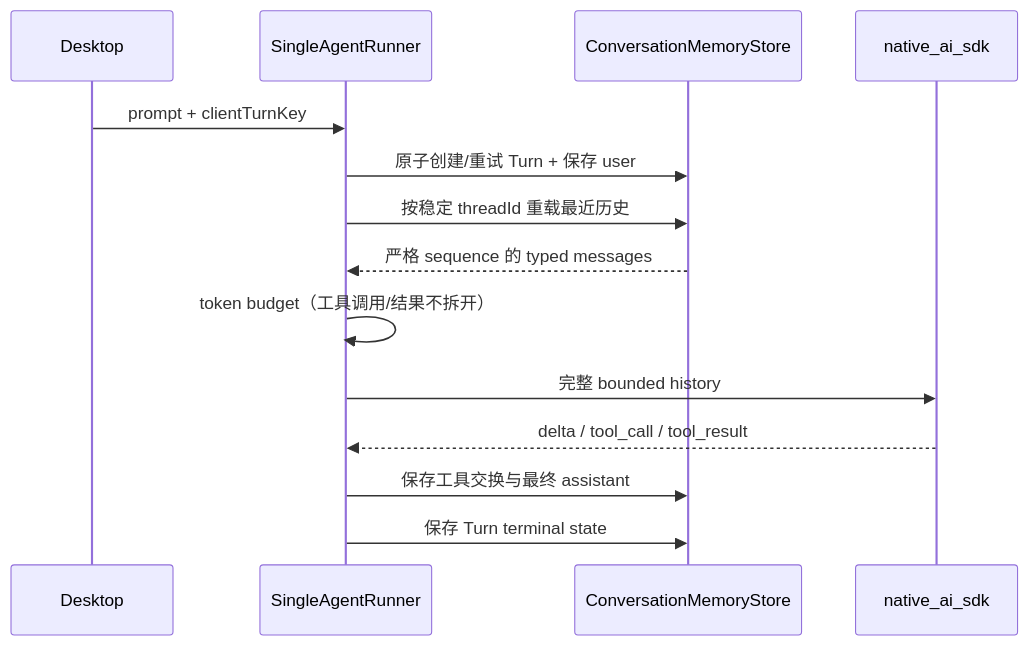
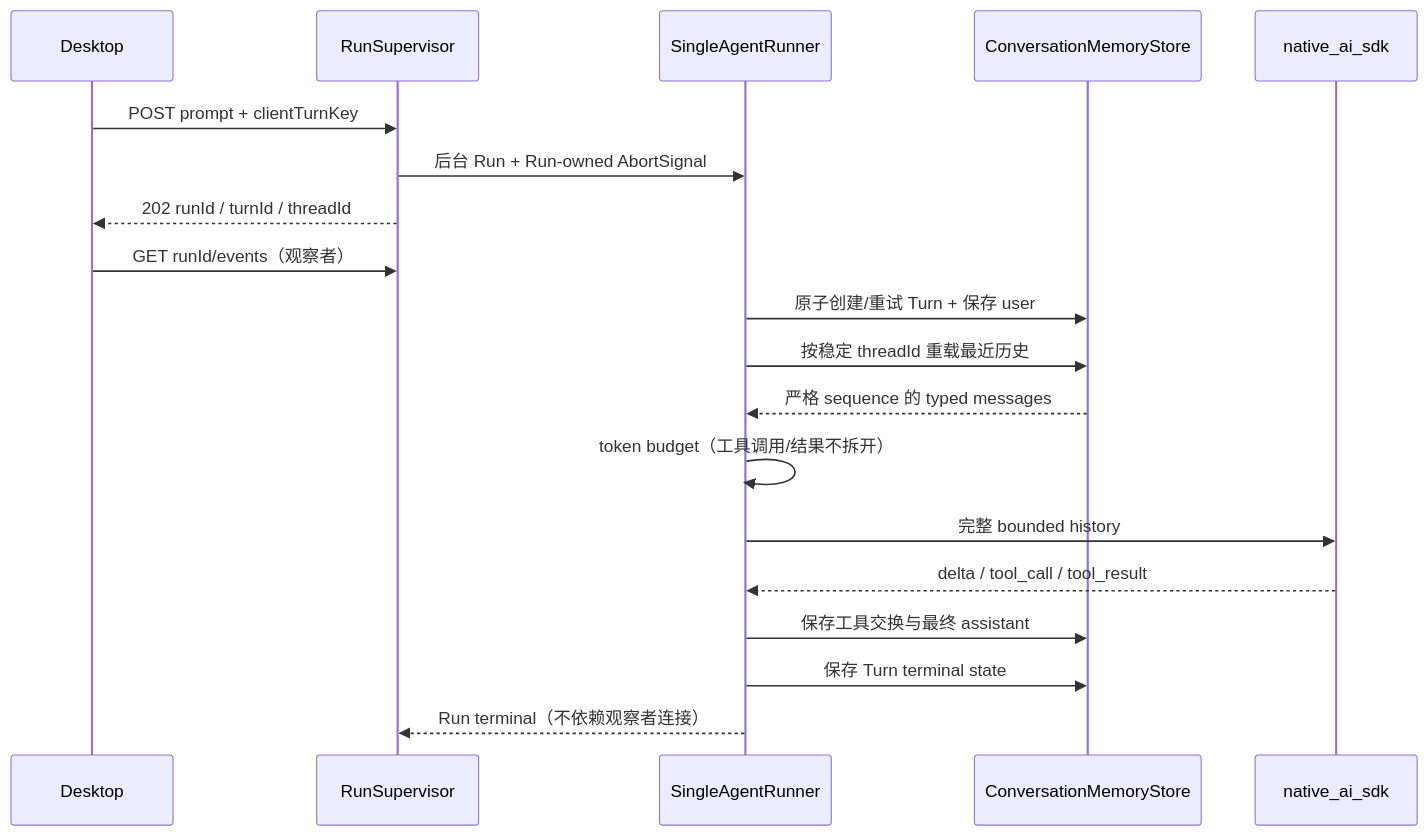
One commit to Haosen-Zhang/Socrates changed the eighth of 8 diagrams in doc/architecture.md. Above: the diagram before and after it, drawn with Mermaid. The commit also changed other lines of this file and 12 other files, not shown here.

````diff
--- a/doc/architecture.md
+++ b/doc/architecture.md
@@ -371,16 +371,21 @@
 ```mermaid
 sequenceDiagram
   participant U as Desktop
+  participant S as RunSupervisor
   participant R as SingleAgentRunner
   participant M as ConversationMemoryStore
   participant N as native_ai_sdk
-  U->>R: prompt + clientTurnKey
+  U->>S: POST prompt + clientTurnKey
+  S->>R: 后台 Run + Run-owned AbortSignal
+  S-->>U: 202 runId / turnId / threadId
+  U->>S: GET runId/events（观察者）
   R->>M: 原子创建/重试 Turn + 保存 user
   R->>M: 按稳定 threadId 重载最近历史
   M-->>R: 严格 sequence 的 typed messages
   R->>R: token budget（工具调用/结果不拆开）
   R->>N: 完整 bounded history
   N-->>R: delta / tool_call / tool_result
   R->>M: 保存工具交换与最终 assistant
   R->>M: 保存 Turn terminal state
+  R-->>S: Run terminal（不依赖观察者连接）
 ```
````
